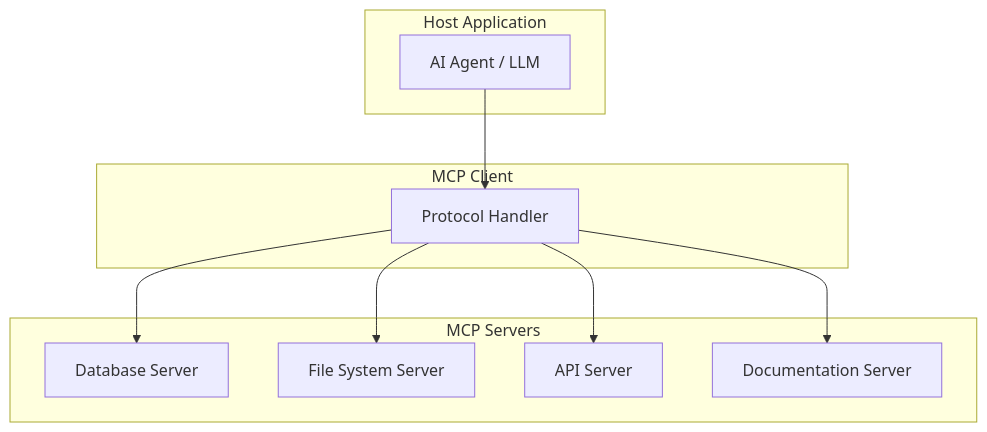
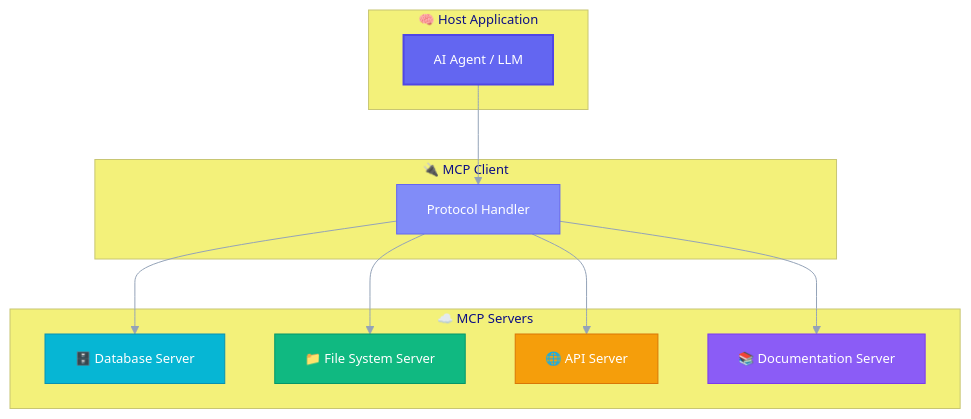
The fifth of 12 diagrams in docs/study_notes.md (JohannesRabauer/gh-600-preparation), drawn with Mermaid before and after one commit. The commit also changed other lines of this file and 5 other files, not shown here.

First line of the commit message:
feat: add colorful animated diagrams and pictograms across study material

````diff
--- a/docs/study_notes.md
+++ b/docs/study_notes.md
@@ -432,20 +456,28 @@
 ```mermaid
+%%{init: {'theme': 'base', 'themeVariables': {'primaryColor': '#6366f1', 'primaryTextColor': '#fff', 'lineColor': '#94a3b8', 'fontSize': '13px'}}}%%
 graph TB
-    subgraph "Host Application"
-        A[AI Agent / LLM]
+    subgraph "🧠 Host Application"
+        A[AI Agent / LLM]:::host
     end
-    subgraph "MCP Client"
-        B[Protocol Handler]
+    subgraph "🔌 MCP Client"
+        B[Protocol Handler]:::client
     end
-    subgraph "MCP Servers"
-        C[Database Server]
-        D[File System Server]
-        E[API Server]
-        F[Documentation Server]
+    subgraph "☁️ MCP Servers"
+        C[🗄️ Database Server]:::db
+        D[📁 File System Server]:::fs
+        E[🌐 API Server]:::api
+        F[📚 Documentation Server]:::docs
     end
     A --> B
     B --> C
     B --> D
     B --> E
     B --> F
+
+    classDef host fill:#6366f1,stroke:#4f46e5,color:#fff,stroke-width:2px
+    classDef client fill:#818cf8,stroke:#6366f1,color:#fff
+    classDef db fill:#06b6d4,stroke:#0891b2,color:#fff
+    classDef fs fill:#10b981,stroke:#059669,color:#fff
+    classDef api fill:#f59e0b,stroke:#d97706,color:#fff
+    classDef docs fill:#8b5cf6,stroke:#7c3aed,color:#fff
 ```
````
